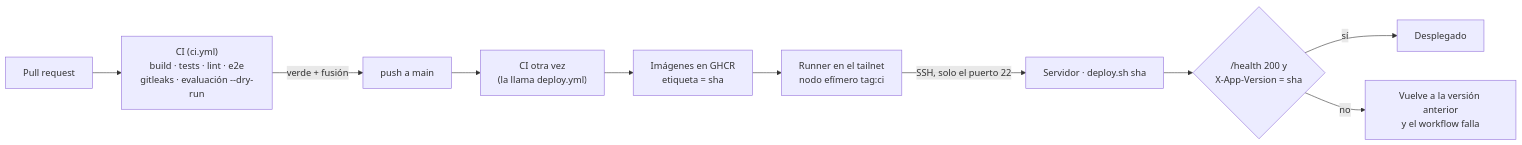
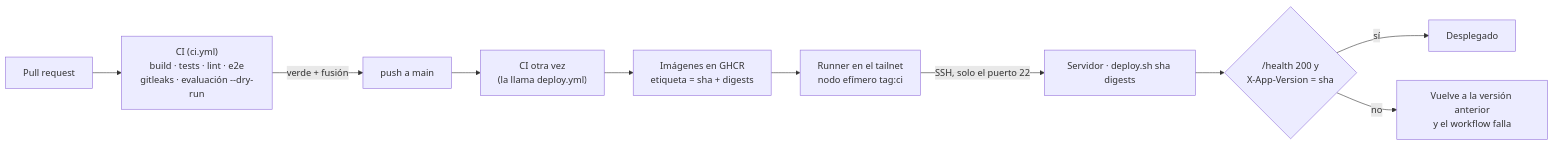
One commit to DavidMartinCasas/lectura-facil-ia changed the second of 2 diagrams in docs/despliegue.md. Above: the diagram before and after it, drawn with Mermaid. The commit also changed other lines of this file and 7 other files, not shown here.

First line of the commit message:
feat(despliegue): imágenes por digest además de por etiqueta (US-19) (#62)

````diff
--- a/docs/despliegue.md
+++ b/docs/despliegue.md
@@ -368,12 +368,12 @@
 ```mermaid
 flowchart LR
     pr["Pull request"] --> ci["CI (ci.yml)<br/>build · tests · lint · e2e<br/>gitleaks · evaluación --dry-run"]
     ci -- "verde + fusión" --> main["push a main"]
     main --> ci2["CI otra vez<br/>(la llama deploy.yml)"]
-    ci2 --> pub["Imágenes en GHCR<br/>etiqueta = sha"]
+    ci2 --> pub["Imágenes en GHCR<br/>etiqueta = sha + digests"]
     pub --> ts["Runner en el tailnet<br/>nodo efímero tag:ci"]
-    ts -- "SSH, solo el puerto 22" --> vps["Servidor · deploy.sh sha"]
+    ts -- "SSH, solo el puerto 22" --> vps["Servidor · deploy.sh sha digests"]
     vps --> health{"/health 200 y<br/>X-App-Version = sha"}
     health -- "sí" --> ok["Desplegado"]
     health -- "no" --> back["Vuelve a la versión anterior<br/>y el workflow falla"]
 ```
````
